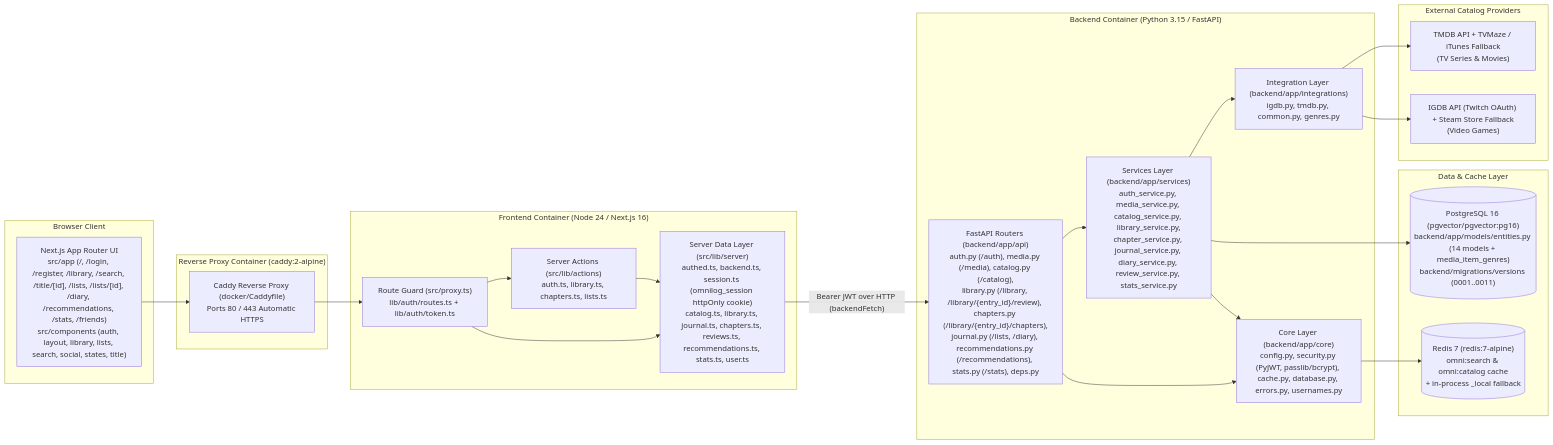
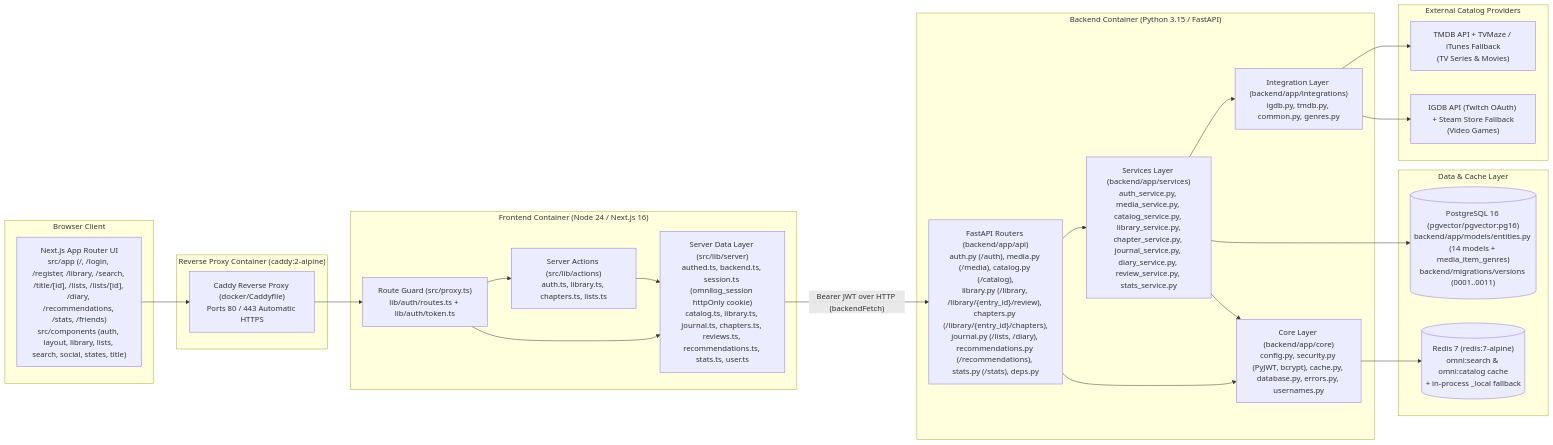
The diagram in docs/design/arch/architecture-diagram.md (metezd/OmniLog), drawn with Mermaid before and after one commit. The commit also changed 15 other files, not shown here.

First line of the commit message:
chore(deps): replace passlib with bcrypt and pin the backend versions

````diff
--- a/docs/design/arch/architecture-diagram.md
+++ b/docs/design/arch/architecture-diagram.md
@@ -10,48 +10,48 @@
 ```mermaid
 flowchart LR
   subgraph Client["Browser Client"]
     UI["Next.js App Router UI\nsrc/app (/, /login, /register, /library, /search, /title/[id], /lists, /lists/[id], /diary, /recommendations, /stats, /friends)\nsrc/components (auth, layout, library, lists, search, social, states, title)"]
   end
 
   subgraph ProxyContainer["Reverse Proxy Container (caddy:2-alpine)"]
     CADDY["Caddy Reverse Proxy (docker/Caddyfile)\nPorts 80 / 443 Automatic HTTPS"]
   end
 
   subgraph FrontendContainer["Frontend Container (Node 24 / Next.js 16)"]
     MW["Route Guard (src/proxy.ts)\nlib/auth/routes.ts + lib/auth/token.ts"]
     ACT["Server Actions (src/lib/actions)\nauth.ts, library.ts, chapters.ts, lists.ts"]
     SRV["Server Data Layer (src/lib/server)\nauthed.ts, backend.ts, session.ts (omnilog_session httpOnly cookie)\ncatalog.ts, library.ts, journal.ts, chapters.ts, reviews.ts, recommendations.ts, stats.ts, user.ts"]
   end
 
   subgraph BackendContainer["Backend Container (Python 3.15 / FastAPI)"]
     API["FastAPI Routers (backend/app/api)\nauth.py (/auth), media.py (/media), catalog.py (/catalog),\nlibrary.py (/library, /library/{entry_id}/review), chapters.py (/library/{entry_id}/chapters),\njournal.py (/lists, /diary), recommendations.py (/recommendations), stats.py (/stats), deps.py"]
     SVC["Services Layer (backend/app/services)\nauth_service.py, media_service.py, catalog_service.py, library_service.py,\nchapter_service.py, journal_service.py, diary_service.py, review_service.py, stats_service.py"]
     INT["Integration Layer (backend/app/integrations)\nigdb.py, tmdb.py, common.py, genres.py"]
-    CORE["Core Layer (backend/app/core)\nconfig.py, security.py (PyJWT, passlib/bcrypt), cache.py, database.py, errors.py, usernames.py"]
+    CORE["Core Layer (backend/app/core)\nconfig.py, security.py (PyJWT, bcrypt), cache.py, database.py, errors.py, usernames.py"]
   end
 
   subgraph DataLayer["Data & Cache Layer"]
     PG[("PostgreSQL 16 (pgvector/pgvector:pg16)\nbackend/app/models/entities.py (14 models + media_item_genres)\nbackend/migrations/versions (0001..0011)")]
     RD[("Redis 7 (redis:7-alpine)\nomni:search & omni:catalog cache\n+ in-process _local fallback")]
   end
 
   subgraph ExternalAPIs["External Catalog Providers"]
     TMDB["TMDB API + TVMaze / iTunes Fallback\n(TV Series & Movies)"]
     IGDB["IGDB API (Twitch OAuth) + Steam Store Fallback\n(Video Games)"]
   end
 
   UI --> CADDY
   CADDY --> MW
   MW --> ACT
   MW --> SRV
   ACT --> SRV
   SRV -->|"Bearer JWT over HTTP (backendFetch)"| API
   API --> SVC
   API --> CORE
   SVC --> INT
   SVC --> CORE
   SVC --> PG
   CORE --> RD
   INT --> TMDB
   INT --> IGDB
 ```
````
